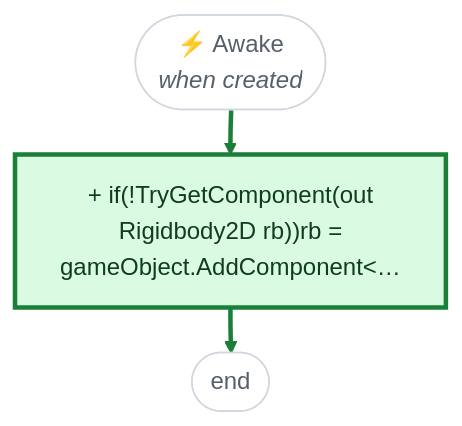
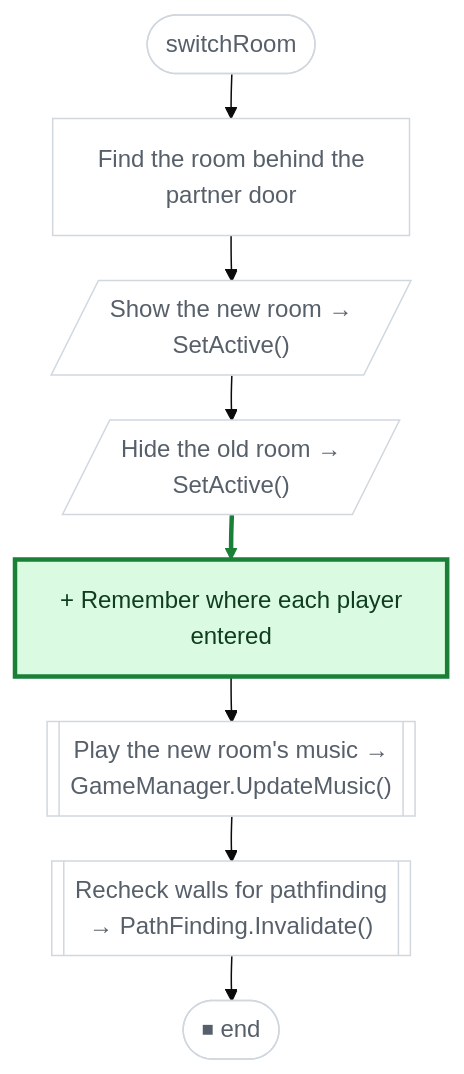
Before and after one commit to nataiai/Lord-of-the-Dungeon: the fourth of 11 diagrams in CodeGraph~/diffs/b47c315.md, drawn with Mermaid (base theme). The commit also changed other lines of this file and 57 other files, not shown here.

````diff
--- a/CodeGraph~/diffs/b47c315.md
+++ b/CodeGraph~/diffs/b47c315.md
@@ -163,24 +140,34 @@
 ```mermaid
 ---
 config:
   flowchart:
     wrappingWidth: 260
     nodeSpacing: 26
     rankSpacing: 30
 ---
 flowchart TD
-  nS(["⚡ Awake<br><i>when created</i>"])
-  n370a09["+ if(!TryGetComponent(out<br>Rigidbody2D rb))rb =<br>gameObject.AddComponent#60;…"]
-  nE(["end"])
-  nS --> n370a09
-  n370a09 --> nE
-  linkStyle 0 stroke:#1a7f37,stroke-width:3px
-  linkStyle 1 stroke:#1a7f37,stroke-width:3px
+  nS(["switchRoom"])
+  n345bc3["Find the room behind the<br>partner door"]
+  n172da7[/"Show the new room →<br>SetActive()"/]
+  ne51c6e[/"Hide the old room →<br>SetActive()"/]
+  n6a49c0["+ Remember where each player<br>entered"]
+  ncc9f0f[["Play the new room's music →<br>GameManager.UpdateMusic()"]]
+  nd2f86b[["Recheck walls for pathfinding<br>→ PathFinding.Invalidate()"]]
+  nE(["⏹ end"])
+  nS --> n345bc3
+  n345bc3 --> n172da7
+  n172da7 --> ne51c6e
+  ne51c6e --> n6a49c0
+  n6a49c0 --> ncc9f0f
+  ncc9f0f --> nd2f86b
+  nd2f86b --> nE
+  linkStyle 3 stroke:#1a7f37,stroke-width:3px
   classDef same fill:#ffffff,stroke:#d0d7de,color:#57606a
   classDef added fill:#dafbe1,stroke:#1a7f37,stroke-width:3px,color:#0f3d1d
-  classDef removed fill:#ffebe9,stroke:#cf222e,stroke-width:3px,color:#82071e
+  classDef removed fill:#ffebe9,stroke:#cf222e,stroke-width:3px,stroke-dasharray:6 4,color:#82071e
   classDef modified fill:#fff8c5,stroke:#bf8700,stroke-width:3px,color:#4d2d00
   classDef impacted fill:#ffffff,stroke:#6e7781,stroke-width:2px,stroke-dasharray:2 3,color:#24292f
-  class n370a09 added
-  class nS,nE same
+  classDef stub fill:#ffffff,stroke:#8c959f,stroke-dasharray:2 3,color:#8c959f
+  class n6a49c0 added
+  class nS,n345bc3,n172da7,ne51c6e,ncc9f0f,nd2f86b,nE same
 ```
````
